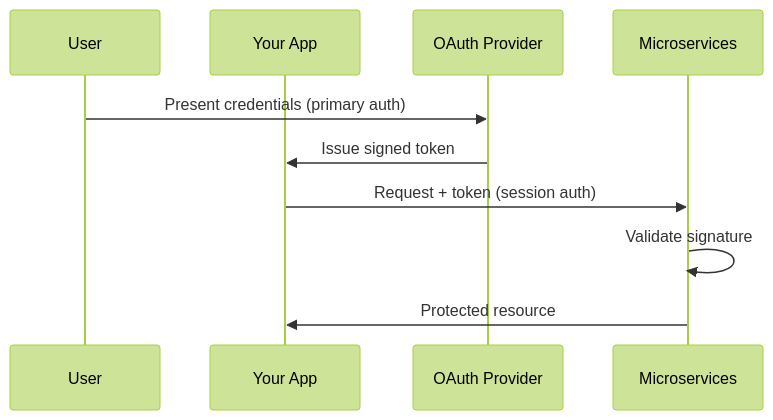
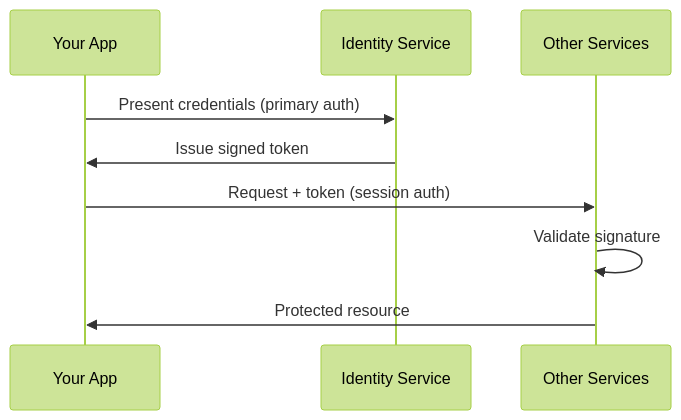
Before and after one commit to bathcat/bathcat-home: the first of 4 diagrams in src/content/decks/secure-stax/060-tokens.mdx, drawn with Mermaid (forest theme). The commit also changed other lines of this file, not shown here.

````diff
--- a/src/content/decks/secure-stax/060-tokens.mdx
+++ b/src/content/decks/secure-stax/060-tokens.mdx
@@ -76,13 +89,12 @@
 ```mermaid
 sequenceDiagram
-    participant User
     participant App as Your App
-    participant OAuth as OAuth Provider
-    participant API as Microservices
+    participant Identity as Identity Service
+    participant API as Other Services
     
-    User->>OAuth: Present credentials (primary auth)
-    OAuth->>App: Issue signed token
+    App->>Identity: Present credentials (primary auth)
+    Identity->>App: Issue signed token
     App->>API: Request + token (session auth)
     API->>API: Validate signature
     API->>App: Protected resource
 ```
````
